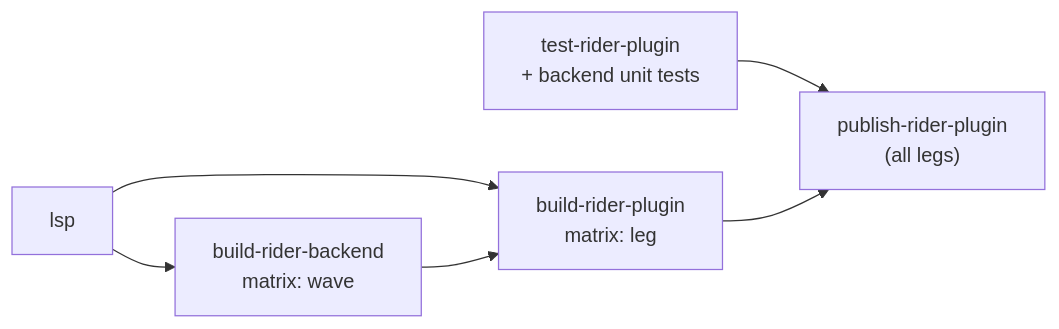
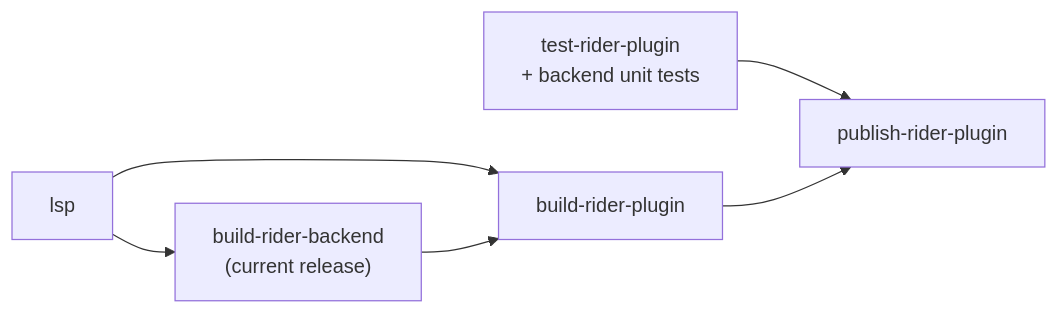
Before and after one commit to reqnroll/Reqnroll.IdeSupport: the diagram in docs/Rider-Feature-Breakpoints-Plan.md, drawn with Mermaid. The commit also changed other lines of this file and 1 other file, not shown here.

First line of the commit message:
Record the newest-Rider-only release policy in the Rider plans

````diff
--- a/docs/Rider-Feature-Breakpoints-Plan.md
+++ b/docs/Rider-Feature-Breakpoints-Plan.md
@@ -240,8 +245,8 @@
 ```mermaid
 flowchart LR
-    lsp --> B["build-rider-backend<br/>matrix: wave"]
-    lsp --> R["build-rider-plugin<br/>matrix: leg"]
+    lsp --> B["build-rider-backend<br/>(current release)"]
+    lsp --> R["build-rider-plugin"]
     B --> R
-    T["test-rider-plugin<br/>+ backend unit tests"] --> P["publish-rider-plugin<br/>(all legs)"]
+    T["test-rider-plugin<br/>+ backend unit tests"] --> P["publish-rider-plugin"]
     R --> P
 ```
````
